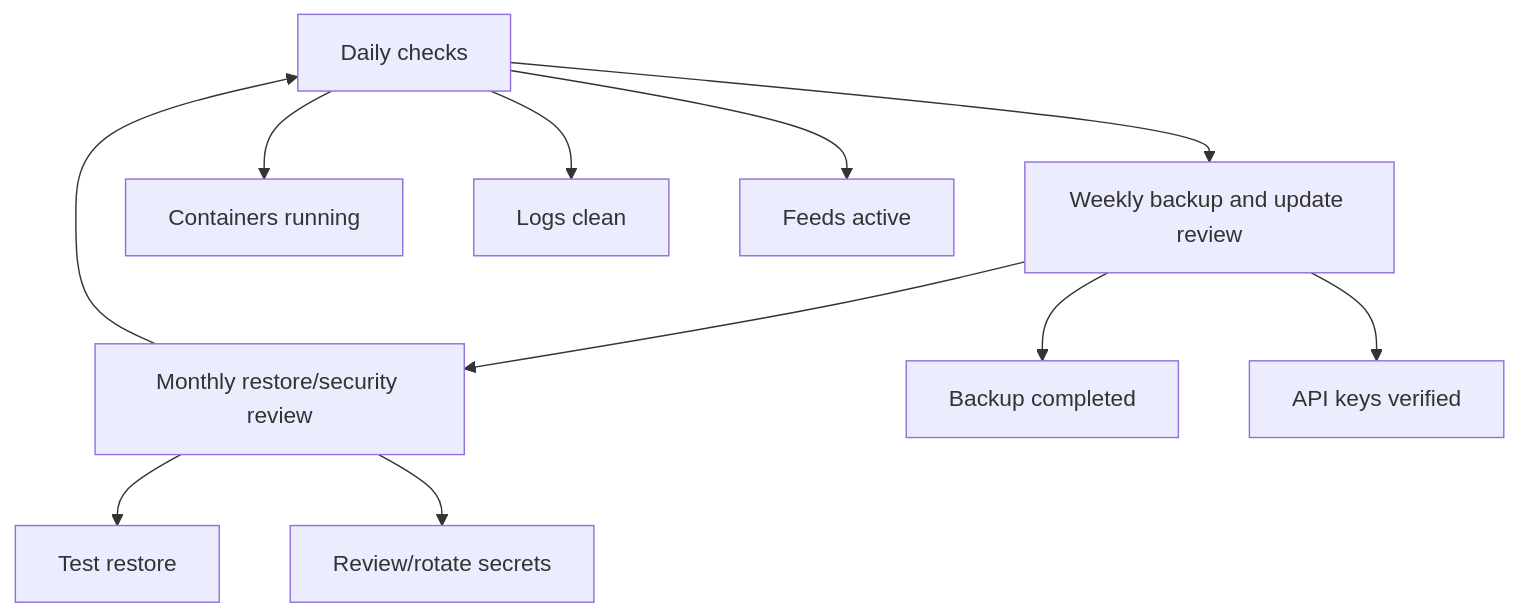
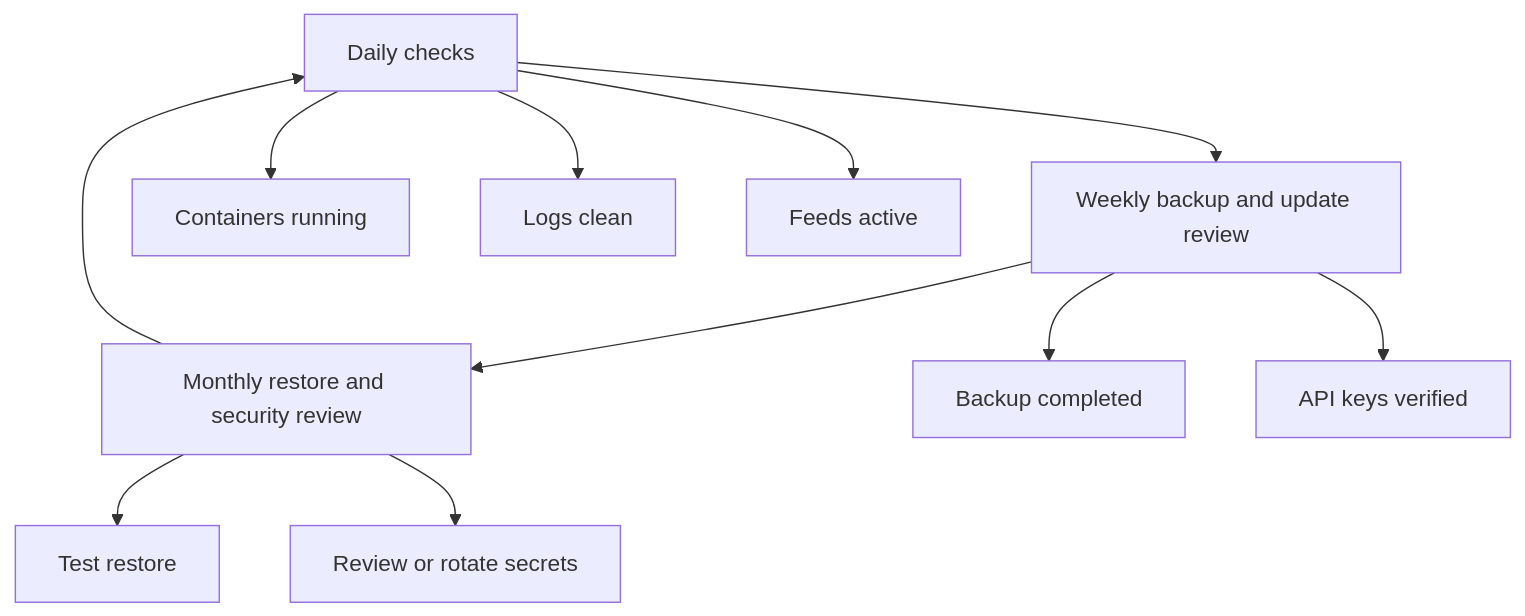
Diagram 14 of 16 in ShadowBroker_Complete_Documentation_Runbook.md (pirocorp/Ubuntu-Media-Server-Homelab-Setup-Guide), drawn with Mermaid before and after one commit. The commit also changed other lines of this file, not shown here.

````diff
--- a/ShadowBroker_Complete_Documentation_Runbook.md
+++ b/ShadowBroker_Complete_Documentation_Runbook.md
@@ -744,14 +744,14 @@
 ```mermaid
 flowchart TD
-    Daily[Daily checks] --> Weekly[Weekly backup and update review]
-    Weekly --> Monthly[Monthly restore/security review]
+    Daily["Daily checks"] --> Weekly["Weekly backup and update review"]
+    Weekly --> Monthly["Monthly restore and security review"]
     Monthly --> Daily
 
-    Daily --> Containers[Containers running]
-    Daily --> Logs[Logs clean]
-    Daily --> Feeds[Feeds active]
-    Weekly --> Backup[Backup completed]
-    Weekly --> Keys[API keys verified]
-    Monthly --> Restore[Test restore]
-    Monthly --> Secrets[Review/rotate secrets]
+    Daily --> Containers["Containers running"]
+    Daily --> Logs["Logs clean"]
+    Daily --> Feeds["Feeds active"]
+    Weekly --> Backup["Backup completed"]
+    Weekly --> Keys["API keys verified"]
+    Monthly --> Restore["Test restore"]
+    Monthly --> Secrets["Review or rotate secrets"]
 ```
````
